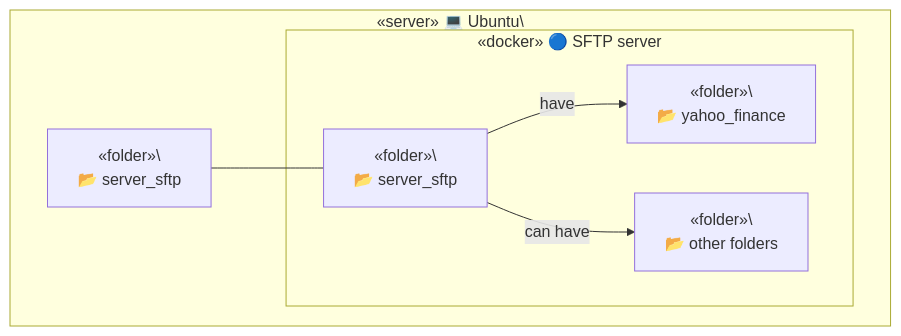
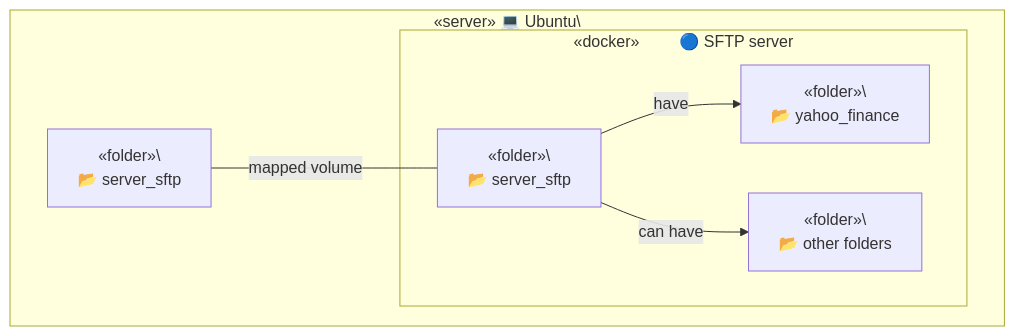
Before and after one commit to TrulyDigital/DATA_STREET: the third of 4 diagrams in server_sftp/README.md, drawn with Mermaid.

Commit message:
update: server_sftp README.md

````diff
--- a/server_sftp/README.md
+++ b/server_sftp/README.md
@@ -30,16 +30,16 @@
 ```mermaid
 graph TD
     subgraph Container_A [«server» 💻 Ubuntu\<br/>]
         A1[«folder»\<br/> 📂 server_sftp]
-        subgraph Container_B [«docker» 🔵 SFTP server]
+        subgraph Container_B [«docker»&nbsp;&nbsp;&nbsp;&nbsp;&nbsp;&nbsp;&nbsp;&nbsp;&nbsp;🔵 SFTP server]
             B1[«folder»\<br/> 📂 server_sftp]
             B2[«folder»\<br/> 📂 yahoo_finance]
             B3[«folder»\<br/> 📂 other folders]
         end
 
-        A1 --- B1
+        A1 -- mapped volume --- B1
 
         B1 -- have --> B2
         B1 -- can have --> B3
     end
 ```
````
